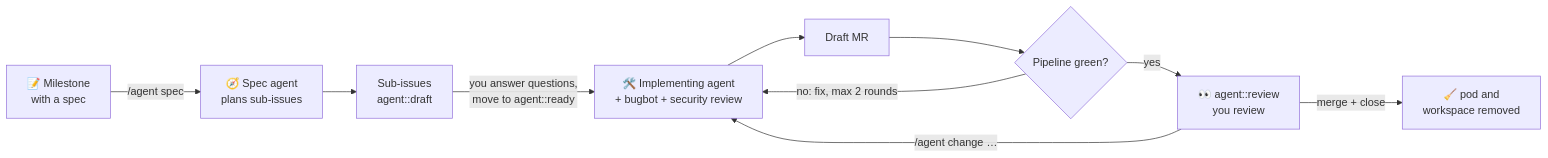
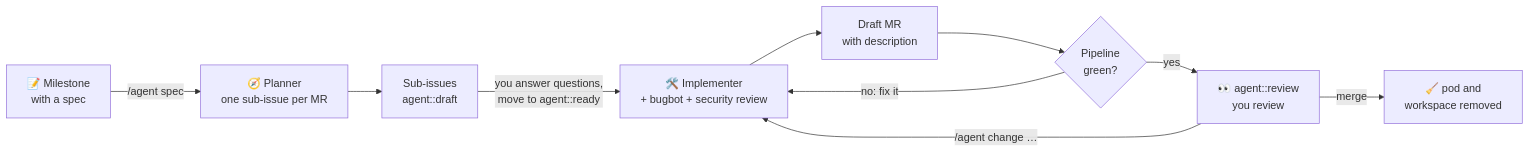
One commit to jonathanwiemers/ai-operator changed the diagram in README.md. Above: the diagram before and after it, drawn with Mermaid. The commit also changed other lines of this file and 29 other files, not shown here.

First line of the commit message:
Pick engine, model and effort per issue; one page for all /agent commands (#36)

````diff
--- a/README.md
+++ b/README.md
@@ -27,12 +36,12 @@
 ```mermaid
 flowchart LR
-    M["📝 Milestone<br/>with a spec"] -->|"/agent spec"| S["🧭 Spec agent<br/>plans sub-issues"]
+    M["📝 Milestone<br/>with a spec"] -->|"/agent spec"| S["🧭 Planner<br/>one sub-issue per MR"]
     S --> D["Sub-issues<br/>agent::draft"]
-    D -->|"you answer questions,<br/>move to agent::ready"| I["🛠️ Implementing agent<br/>+ bugbot + security review"]
-    I --> MR["Draft MR"]
-    MR --> CI{"Pipeline green?"}
-    CI -->|"no: fix, max 2 rounds"| I
+    D -->|"you answer questions,<br/>move to agent::ready"| I["🛠️ Implementer<br/>+ bugbot + security review"]
+    I --> MR["Draft MR<br/>with description"]
+    MR --> CI{"Pipeline<br/>green?"}
+    CI -->|"no: fix it"| I
     CI -->|yes| R["👀 agent::review<br/>you review"]
     R -->|"/agent change …"| I
-    R -->|"merge + close"| X["🧹 pod and<br/>workspace removed"]
+    R -->|"merge"| X["🧹 pod and<br/>workspace removed"]
 ```
````
